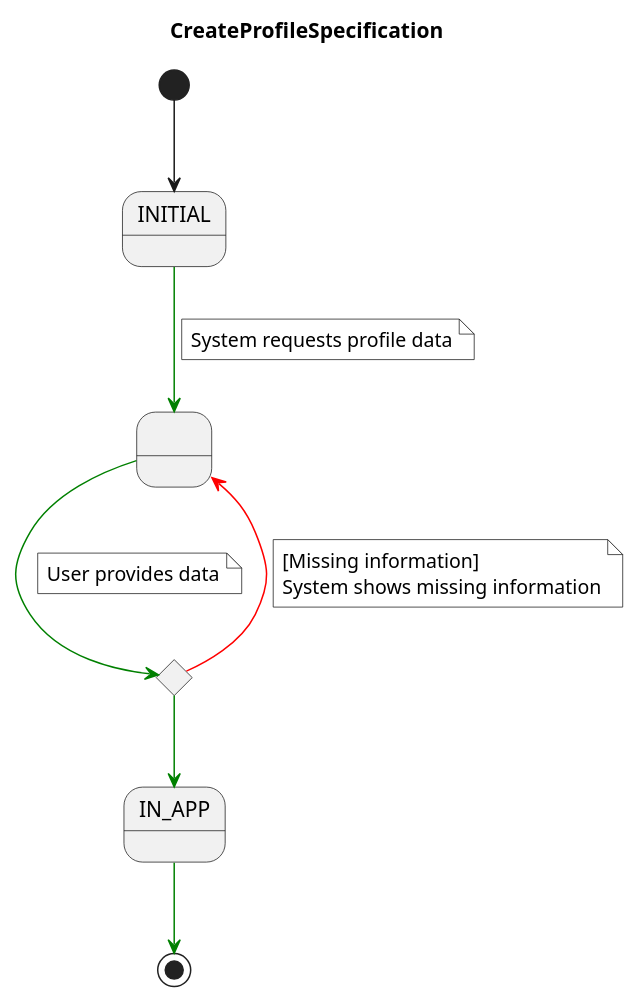
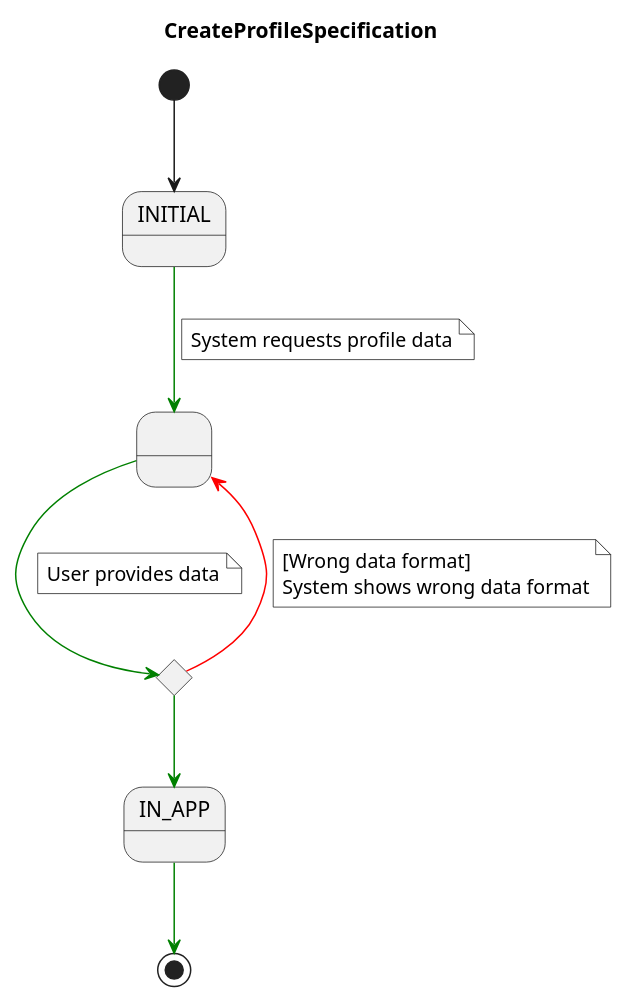
The diagram in docs/src/use-cases/specs/createprofile.spec.puml (fraylopez/tinder), drawn with PlantUML before and after one commit.

Commit message:
Improved naming used

```diff
--- a/docs/src/use-cases/specs/createprofile.spec.puml
+++ b/docs/src/use-cases/specs/createprofile.spec.puml
@@ -1,31 +1,31 @@
 @startuml CreateProfileSpecification
 title CreateProfileSpecification
 
 skinparam NoteBackgroundColor white
 
 state IN_APP
 state STATE1 as " "
 state is_required_data_provided <<choice>>
 
 [*] --> INITIAL
 INITIAL -[#green]-> STATE1
 note on link
 System requests profile data
 end note
 
 STATE1 -[#green]-> is_required_data_provided
 note on link
 User provides data
 end note
 
 is_required_data_provided -[#red]up-> STATE1
 note on link
-[Missing information] 
-System shows missing information
+[Wrong data format] 
+System shows wrong data format
 end note
 
 is_required_data_provided -[#green]-> IN_APP
 
 IN_APP -[#green]-> [*]
 
 @enduml
```
